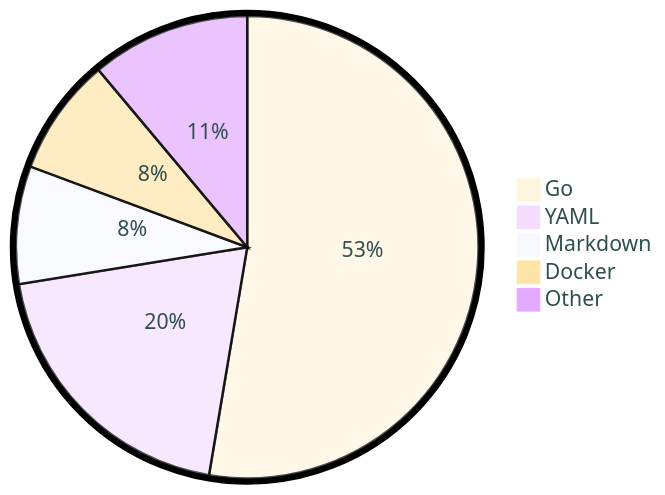
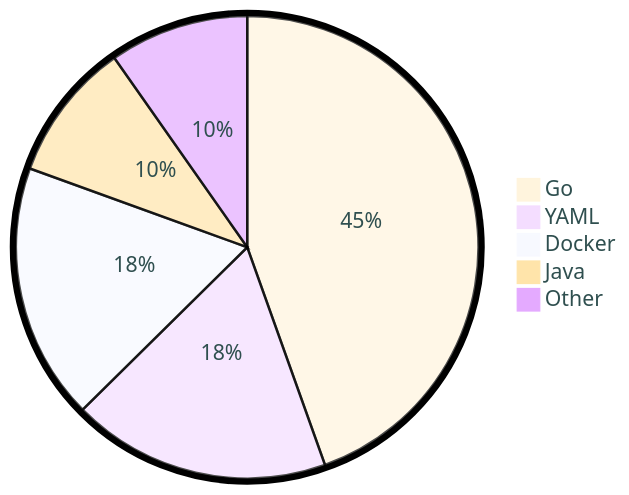
Before and after one commit to tot0p/tot0p: the diagram in README.md, drawn with Mermaid. The commit also changed other lines of this file, not shown here.

````diff
--- a/README.md
+++ b/README.md
@@ -80,9 +79,9 @@
 ```mermaid
 %%{init: {"pie": {"textPosition": 0.5}, "themeVariables": {"pieOuterStrokeWidth": "5px","primaryTextColor" : "#2F4F4F"},"theme":"base"} }%%
 pie
-	"Go": 52.64
-	"YAML": 19.8
-	"Markdown": 8.22
-	"Docker": 8.22
-	"Other": 11.11
+	"Go": 44.55
+	"YAML": 18.07
+	"Docker": 17.93
+	"Java": 9.73
+	"Other": 9.74
 ```
````
